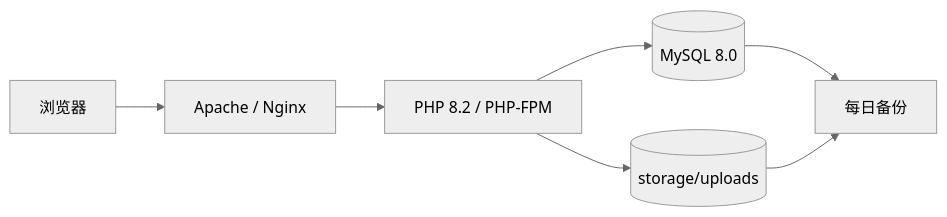
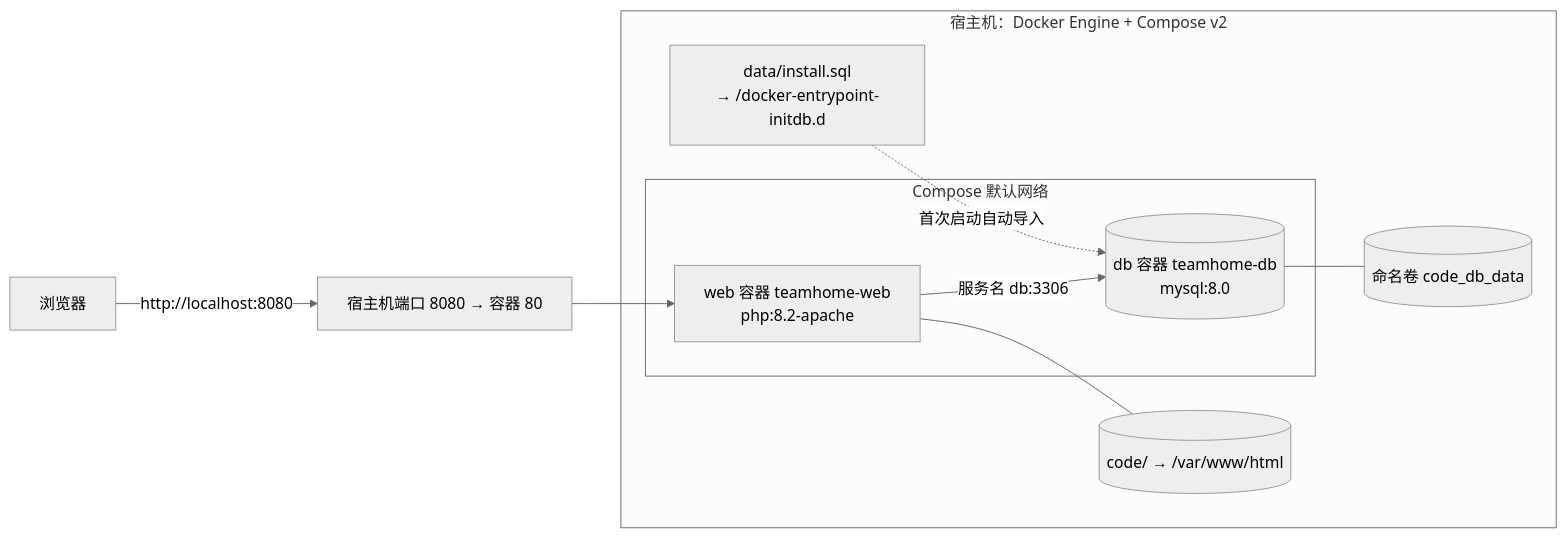
The fifth of 5 diagrams in docs/team/02-设计文档/M3_设计文档().md (mon3trteam/nku2026DBdev), drawn with Mermaid (neutral theme) before and after one commit. The commit also changed other lines of this file, not shown here.

````diff
--- a/docs/team/02-设计文档/M3_设计文档().md
+++ b/docs/team/02-设计文档/M3_设计文档().md
@@ -1827,9 +1836,18 @@
 ```mermaid
 flowchart LR
-  B["浏览器"] --> W["Apache / Nginx"]
-  W --> P["PHP 8.2 / PHP-FPM"]
-  P --> D[("MySQL 8.0")]
-  P --> S[("storage/uploads")]
-  D --> BK["每日备份"]
-  S --> BK
+  B["浏览器"] -->|"http://localhost:8080"| H["宿主机端口 8080 → 容器 80"]
+  subgraph HOST["宿主机：Docker Engine + Compose v2"]
+    subgraph NET["Compose 默认网络"]
+      W["web 容器 teamhome-web<br/>php:8.2-apache"]
+      D[("db 容器 teamhome-db<br/>mysql:8.0")]
+    end
+    SRC[("code/ → /var/www/html")]
+    VOL[("命名卷 code_db_data")]
+    INIT["data/install.sql<br/>→ /docker-entrypoint-initdb.d"]
+  end
+  H --> W
+  W -->|"服务名 db:3306"| D
+  W --- SRC
+  D --- VOL
+  INIT -.->|"首次启动自动导入"| D
 ```
````
